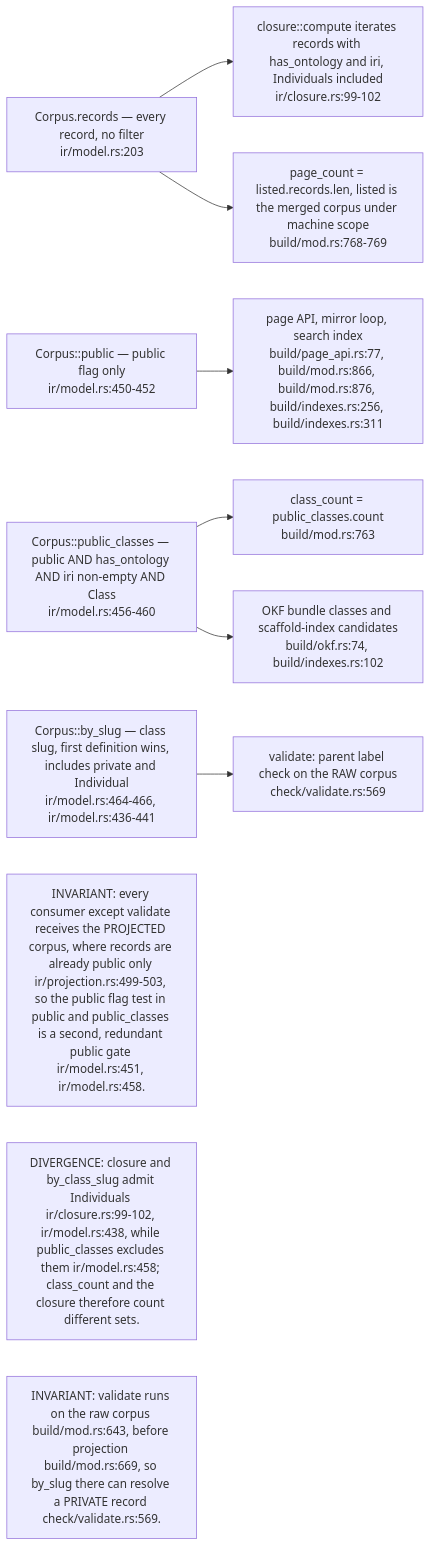
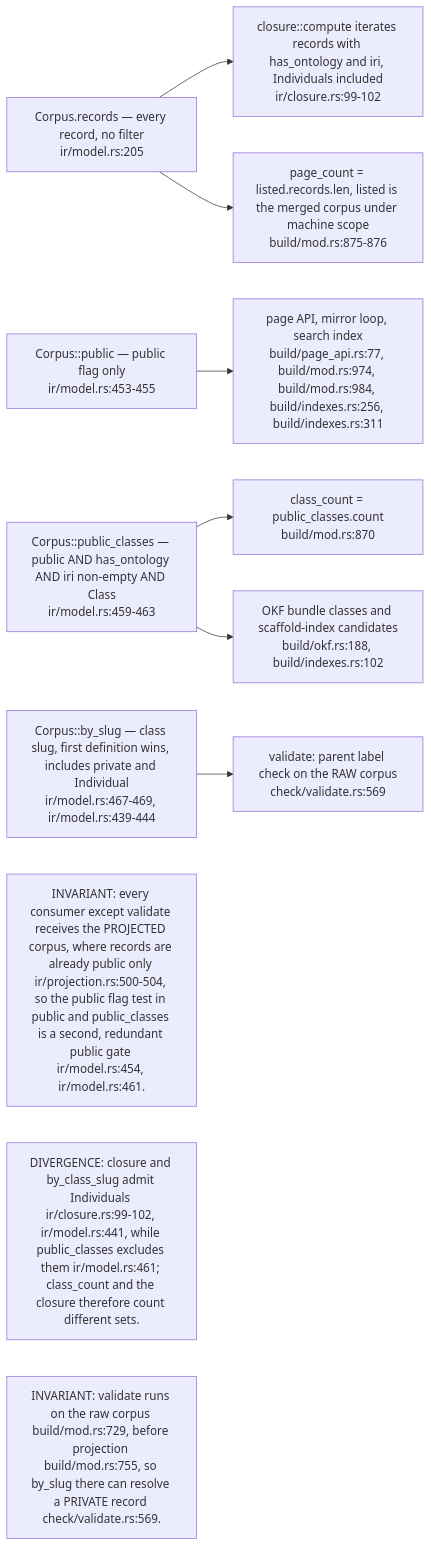
One commit to DreamLab-AI/VisionFlow changed the second of 6 diagrams in docs/diagrams/ontomark/02-ir-corpus-projection-and-redaction.md. Above: the diagram before and after it, drawn with Mermaid. The commit also changed other lines of this file and 59 other files, not shown here.

First line of the commit message:
docs(diagrams): re-derive and re-stamp forum, website, pod, ontomark and sealmap topics

````diff
--- a/docs/diagrams/ontomark/02-ir-corpus-projection-and-redaction.md
+++ b/docs/diagrams/ontomark/02-ir-corpus-projection-and-redaction.md
@@ -84,22 +84,22 @@
 ```mermaid
 flowchart LR
-    REC["Corpus.records — every record, no filter<br/>ir/model.rs:203"]
-    PUB["Corpus::public — public flag only<br/>ir/model.rs:450-452"]
-    PCL["Corpus::public_classes — public AND has_ontology AND iri non-empty AND Class<br/>ir/model.rs:456-460"]
-    BYS["Corpus::by_slug — class slug, first definition wins, includes private and Individual<br/>ir/model.rs:464-466, ir/model.rs:436-441"]
+    REC["Corpus.records — every record, no filter<br/>ir/model.rs:205"]
+    PUB["Corpus::public — public flag only<br/>ir/model.rs:453-455"]
+    PCL["Corpus::public_classes — public AND has_ontology AND iri non-empty AND Class<br/>ir/model.rs:459-463"]
+    BYS["Corpus::by_slug — class slug, first definition wins, includes private and Individual<br/>ir/model.rs:467-469, ir/model.rs:439-444"]
     C1["closure::compute iterates records with has_ontology and iri, Individuals included<br/>ir/closure.rs:99-102"]
-    C2["page_count = listed.records.len, listed is the merged corpus under machine scope<br/>build/mod.rs:768-769"]
-    C3["class_count = public_classes.count<br/>build/mod.rs:763"]
-    C4["OKF bundle classes and scaffold-index candidates<br/>build/okf.rs:74, build/indexes.rs:102"]
-    C5["page API, mirror loop, search index<br/>build/page_api.rs:77, build/mod.rs:866, build/mod.rs:876, build/indexes.rs:256, build/indexes.rs:311"]
+    C2["page_count = listed.records.len, listed is the merged corpus under machine scope<br/>build/mod.rs:875-876"]
+    C3["class_count = public_classes.count<br/>build/mod.rs:870"]
+    C4["OKF bundle classes and scaffold-index candidates<br/>build/okf.rs:188, build/indexes.rs:102"]
+    C5["page API, mirror loop, search index<br/>build/page_api.rs:77, build/mod.rs:974, build/mod.rs:984, build/indexes.rs:256, build/indexes.rs:311"]
     C6["validate: parent label check on the RAW corpus<br/>check/validate.rs:569"]
     REC --> C1
     REC --> C2
     PCL --> C3
     PCL --> C4
     PUB --> C5
     BYS --> C6
-    n1["INVARIANT: every consumer except validate receives the PROJECTED corpus, where records are already public only ir/projection.rs:499-503, so the public flag test in public and public_classes is a second, redundant public gate ir/model.rs:451, ir/model.rs:458."]
-    n2["DIVERGENCE: closure and by_class_slug admit Individuals ir/closure.rs:99-102, ir/model.rs:438, while public_classes excludes them ir/model.rs:458; class_count and the closure therefore count different sets."]
-    n3["INVARIANT: validate runs on the raw corpus build/mod.rs:643, before projection build/mod.rs:669, so by_slug there can resolve a PRIVATE record check/validate.rs:569."]
+    n1["INVARIANT: every consumer except validate receives the PROJECTED corpus, where records are already public only ir/projection.rs:500-504, so the public flag test in public and public_classes is a second, redundant public gate ir/model.rs:454, ir/model.rs:461."]
+    n2["DIVERGENCE: closure and by_class_slug admit Individuals ir/closure.rs:99-102, ir/model.rs:441, while public_classes excludes them ir/model.rs:461; class_count and the closure therefore count different sets."]
+    n3["INVARIANT: validate runs on the raw corpus build/mod.rs:729, before projection build/mod.rs:755, so by_slug there can resolve a PRIVATE record check/validate.rs:569."]
 ```
````
